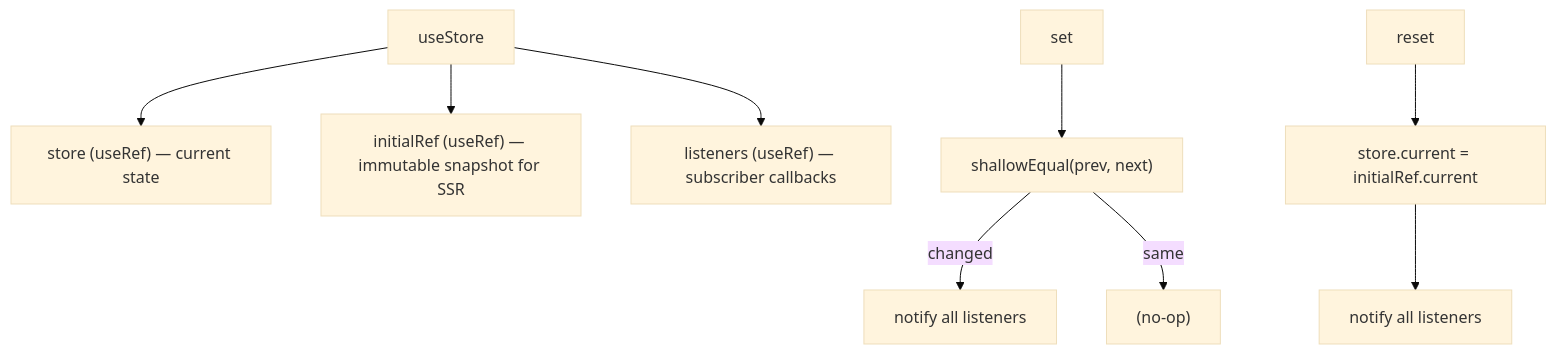
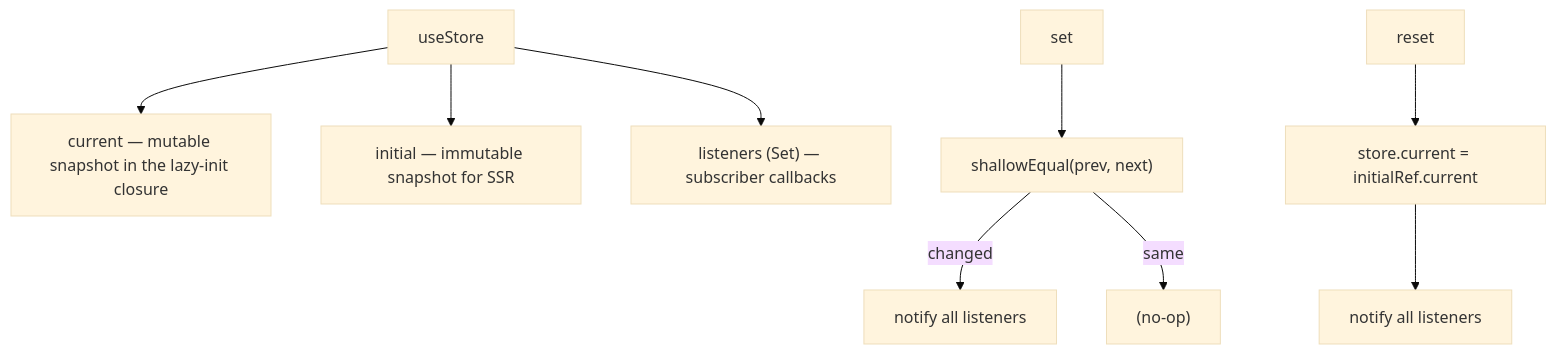
The second of 5 diagrams in packages/ui/src/hooks/ARCHITECTURE.md (luciocabrera/lcabrera-stack), drawn with Mermaid (base theme) before and after one commit. The commit also changed other lines of this file and 25 other files, not shown here.

````diff
--- a/packages/ui/src/hooks/ARCHITECTURE.md
+++ b/packages/ui/src/hooks/ARCHITECTURE.md
@@ -160,13 +160,13 @@
 ```mermaid
 graph TD
-  useStore --> store_ref["store (useRef) — current state"]
-  useStore --> initial_ref["initialRef (useRef) — immutable snapshot for SSR"]
-  useStore --> listeners_ref["listeners (useRef<Set>) — subscriber callbacks"]
+  useStore --> store_ref["current — mutable snapshot in the lazy-init closure"]
+  useStore --> initial_ref["initial — immutable snapshot for SSR"]
+  useStore --> listeners_ref["listeners (Set) — subscriber callbacks"]
 
   set --> shallowEqual["shallowEqual(prev, next)"]
   shallowEqual -->|"changed"| notify["notify all listeners"]
   shallowEqual -->|"same"| noop["(no-op)"]
 
   reset --> restore["store.current = initialRef.current"]
   restore --> notify2["notify all listeners"]
 ```
````
